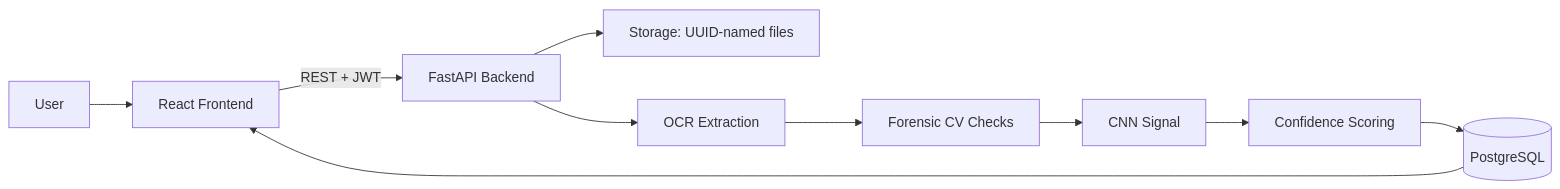
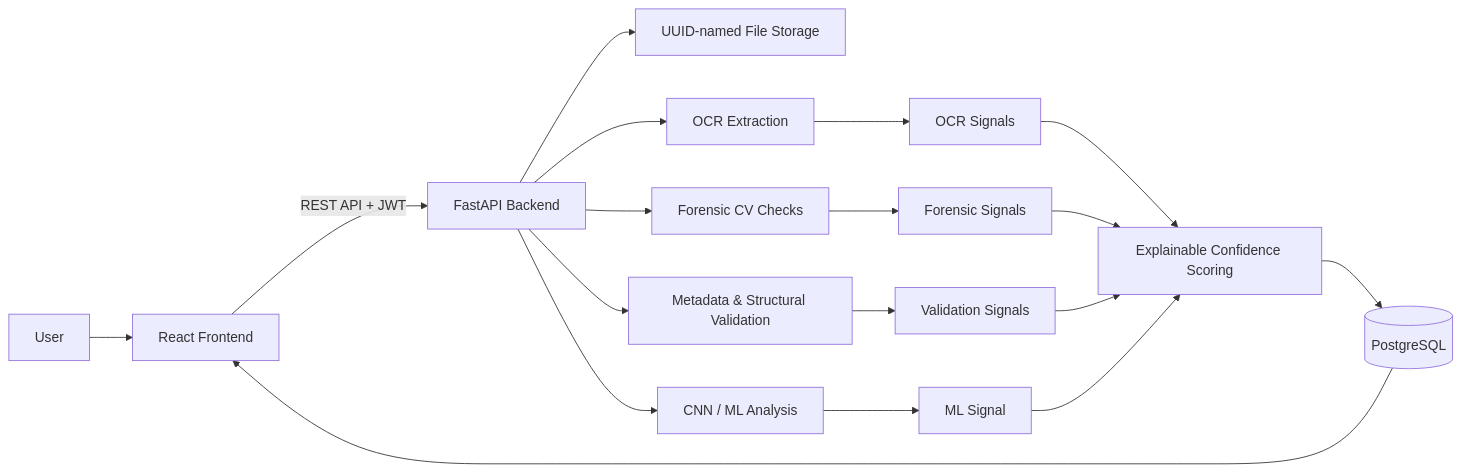
One commit to anand-muppirisetty/fake-payment-detector changed the diagram in README.md. Above: the diagram before and after it, drawn with Mermaid.

````diff
--- a/README.md
+++ b/README.md
@@ -58,12 +58,25 @@
 ```mermaid
 flowchart LR
     A[User] --> B[React Frontend]
-    B -->|REST + JWT| C[FastAPI Backend]
-    C --> D[Storage: UUID-named files]
+    B -->|REST API + JWT| C[FastAPI Backend]
+
+    C --> D[UUID-named File Storage]
+
     C --> E[OCR Extraction]
-    E --> F[Forensic CV Checks]
-    F --> G[CNN Signal]
-    G --> H[Confidence Scoring]
-    H --> I[(PostgreSQL)]
-    I --> B
+    C --> F[Forensic CV Checks]
+    C --> G[Metadata & Structural Validation]
+    C --> H[CNN / ML Analysis]
+
+    E --> I[OCR Signals]
+    F --> J[Forensic Signals]
+    G --> K[Validation Signals]
+    H --> L[ML Signal]
+
+    I --> M[Explainable Confidence Scoring]
+    J --> M
+    K --> M
+    L --> M
+
+    M --> N[(PostgreSQL)]
+    N --> B
 ```
````
